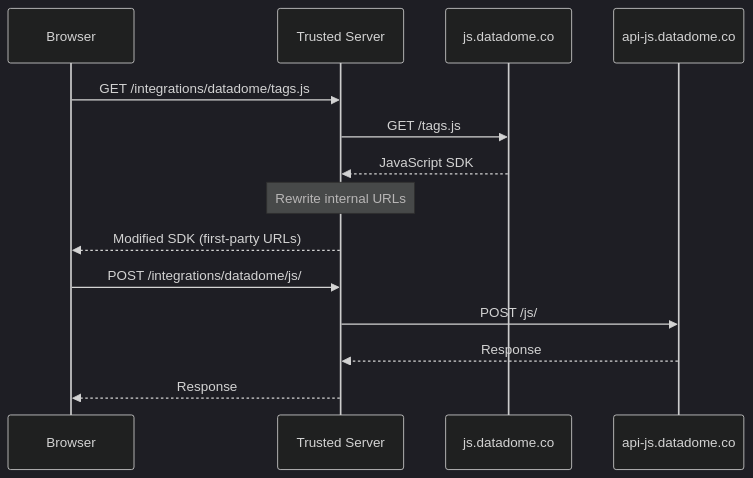
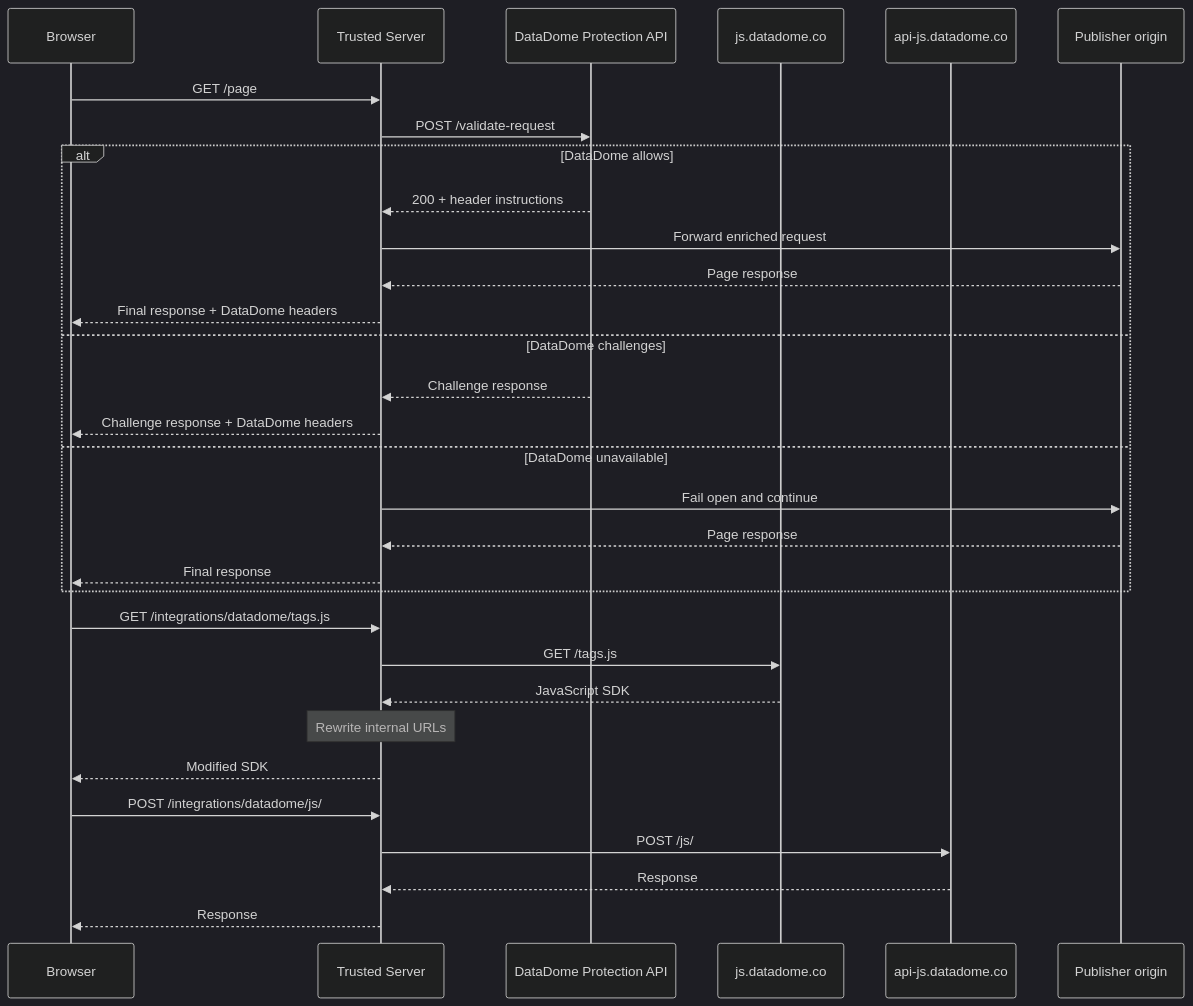
Before and after one commit to IABTechLab/trusted-server: the diagram in docs/guide/integrations/datadome.md, drawn with Mermaid (dark theme). The commit also changed other lines of this file and 13 other files, not shown here.

Commit message:
Add DataDome server-side protection

````diff
--- a/docs/guide/integrations/datadome.md
+++ b/docs/guide/integrations/datadome.md
@@ -84,18 +189,36 @@
 ```mermaid
 sequenceDiagram
     participant Browser
     participant TS as Trusted Server
+    participant DD as DataDome Protection API
     participant SDK as js.datadome.co
     participant API as api-js.datadome.co
+    participant Origin as Publisher origin
+
+    Browser->>TS: GET /page
+    TS->>DD: POST /validate-request
+    alt DataDome allows
+        DD-->>TS: 200 + header instructions
+        TS->>Origin: Forward enriched request
+        Origin-->>TS: Page response
+        TS-->>Browser: Final response + DataDome headers
+    else DataDome challenges
+        DD-->>TS: Challenge response
+        TS-->>Browser: Challenge response + DataDome headers
+    else DataDome unavailable
+        TS->>Origin: Fail open and continue
+        Origin-->>TS: Page response
+        TS-->>Browser: Final response
+    end
 
     Browser->>TS: GET /integrations/datadome/tags.js
     TS->>SDK: GET /tags.js
     SDK-->>TS: JavaScript SDK
     Note over TS: Rewrite internal URLs
-    TS-->>Browser: Modified SDK (first-party URLs)
+    TS-->>Browser: Modified SDK
 
     Browser->>TS: POST /integrations/datadome/js/
     TS->>API: POST /js/
     API-->>TS: Response
     TS-->>Browser: Response
 ```
````
